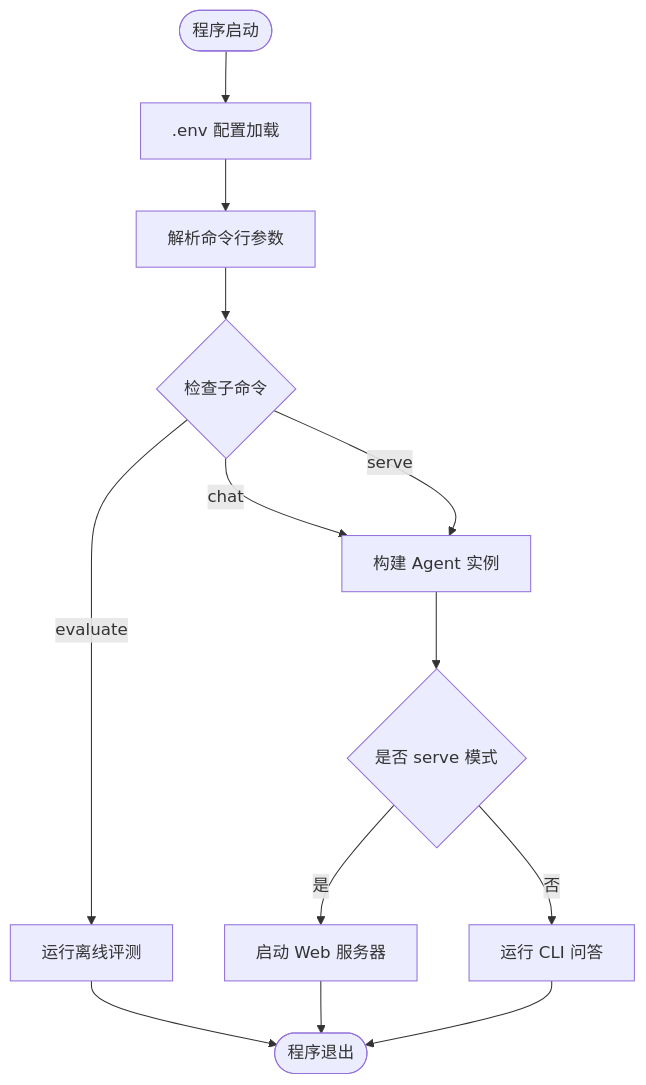
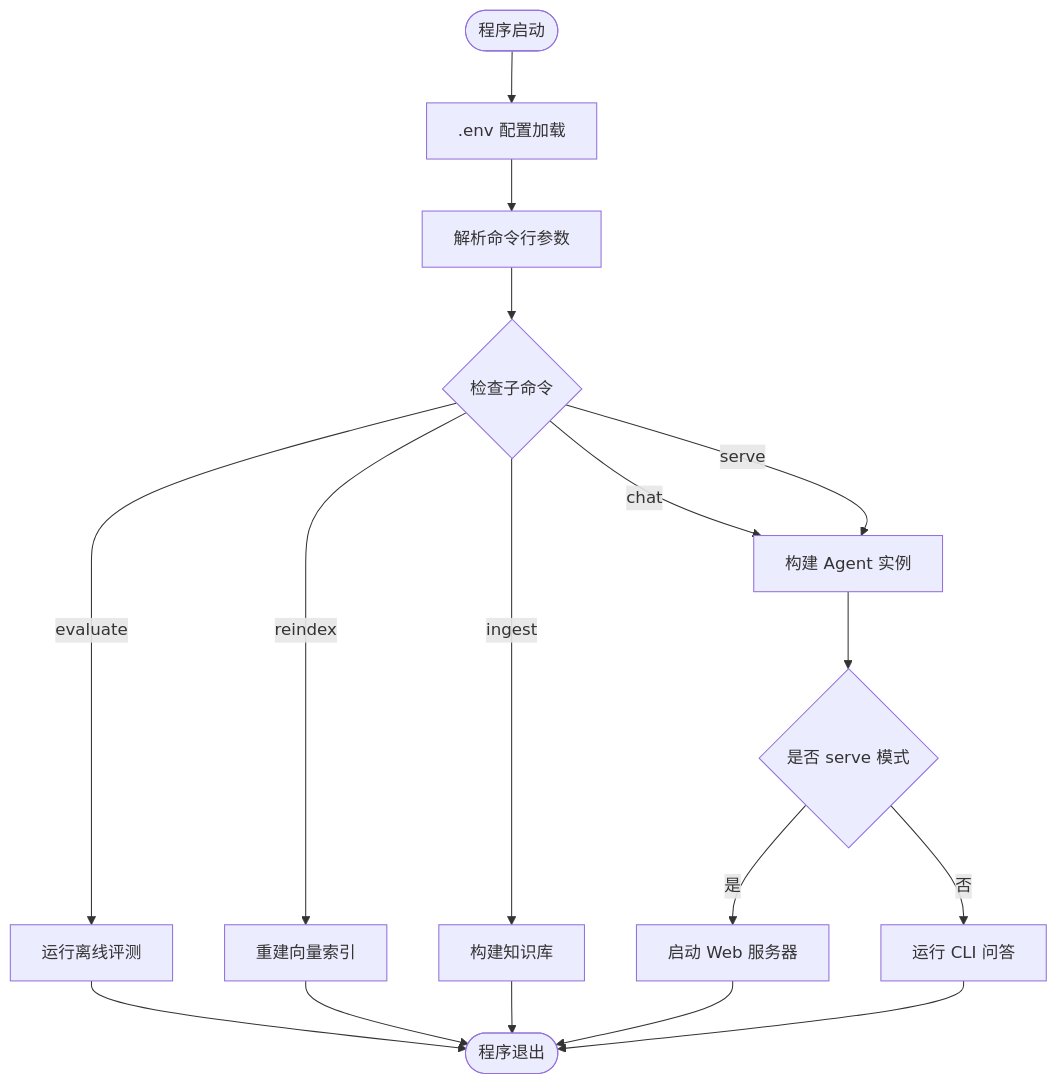
Before and after one commit to xyx1028/agentHelp: the third of 16 diagrams in .qoder/repowiki/zh/content/架构设计/架构设计.md, drawn with Mermaid. The commit also changed other lines of this file and 115 other files, not shown here.

````diff
--- a/.qoder/repowiki/zh/content/架构设计/架构设计.md
+++ b/.qoder/repowiki/zh/content/架构设计/架构设计.md
@@ -164,15 +200,19 @@
 ```mermaid
 flowchart TD
 Start(["程序启动"]) --> LoadEnv[".env 配置加载"]
 LoadEnv --> ParseArgs["解析命令行参数"]
 ParseArgs --> CheckCommand{"检查子命令"}
 CheckCommand --> |evaluate| RunEval["运行离线评测"]
+CheckCommand --> |ingest| BuildKB["构建知识库"]
+CheckCommand --> |reindex| RebuildKB["重建向量索引"]
 CheckCommand --> |chat| BuildAgent["构建 Agent 实例"]
 CheckCommand --> |serve| BuildAgent
 BuildAgent --> CheckServe{"是否 serve 模式"}
 CheckServe --> |是| RunServer["启动 Web 服务器"]
 CheckServe --> |否| RunChat["运行 CLI 问答"]
 RunEval --> End(["程序退出"])
+RebuildKB --> End
+BuildKB --> End
 RunServer --> End
 RunChat --> End
 ```
````
